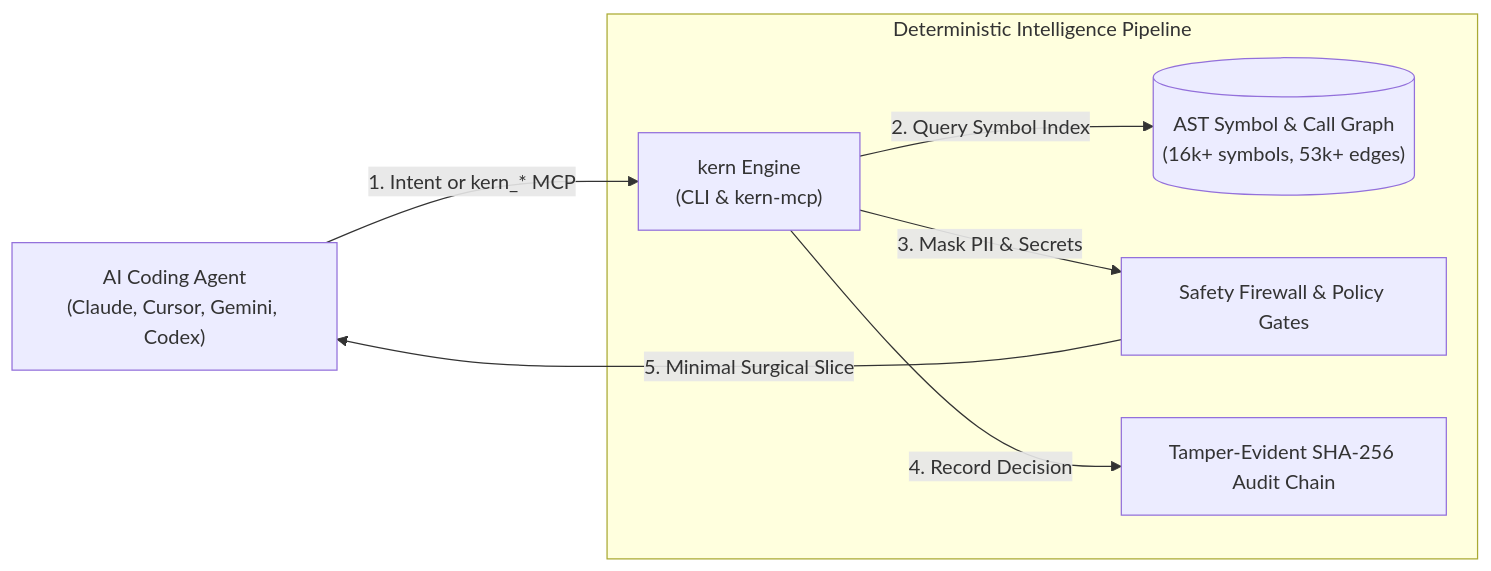
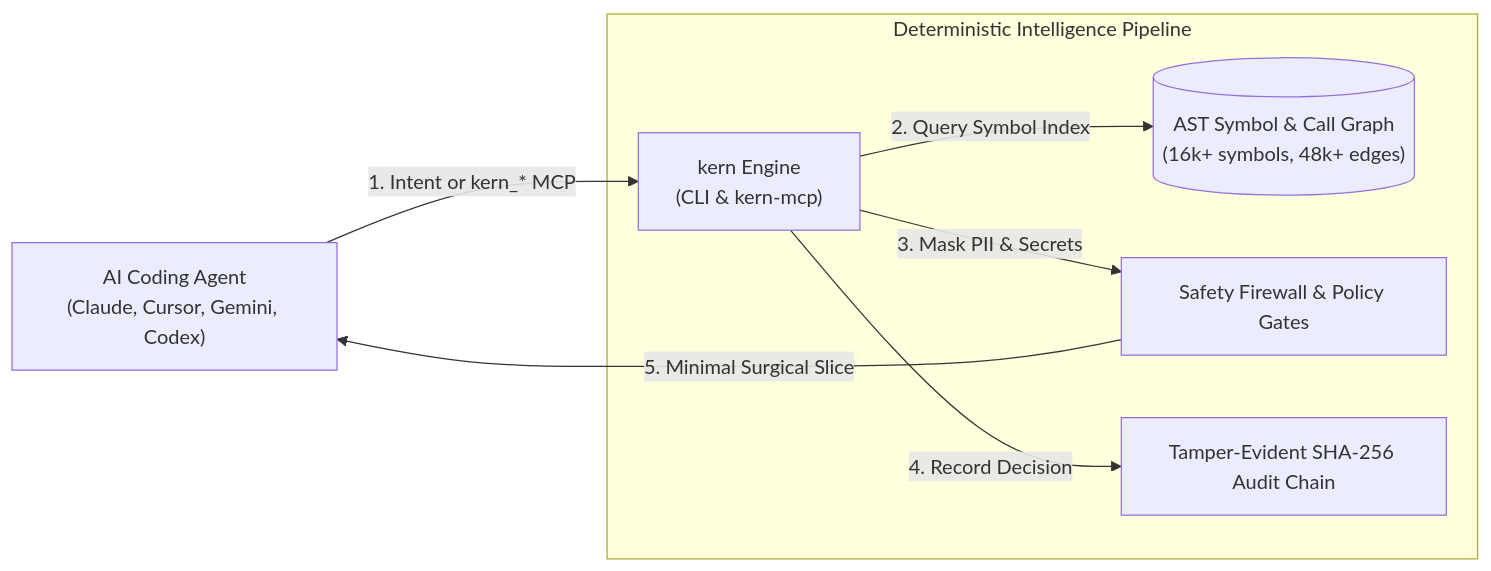
One commit to JayveerPrajapati/kern changed the second of 2 diagrams in README.md. Above: the diagram before and after it, drawn with Mermaid. The commit also changed other lines of this file and 1237 other files, not shown here.

````diff
--- a/README.md
+++ b/README.md
@@ -324,12 +358,12 @@
 ```mermaid
 flowchart LR
     A["AI Coding Agent<br/>(Claude, Cursor, Gemini, Codex)"] -->|"1. Intent or kern_* MCP"| B["kern Engine<br/>(CLI & kern-mcp)"]
     
     subgraph Core_Engine["Deterministic Intelligence Pipeline"]
-        B -->|"2. Query Symbol Index"| C[("AST Symbol & Call Graph<br/>(16k+ symbols, 53k+ edges)")]
+         B -->|"2. Query Symbol Index"| C[("AST Symbol & Call Graph<br/>(16k+ symbols, 48k+ edges)")]
         B -->|"3. Mask PII & Secrets"| D["Safety Firewall & Policy Gates"]
         B -->|"4. Record Decision"| E["Tamper-Evident SHA-256 Audit Chain"]
     end
     
     D -->|"5. Minimal Surgical Slice"| A
 ```
````
